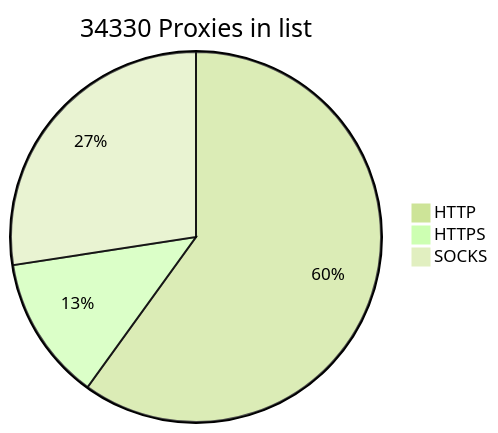
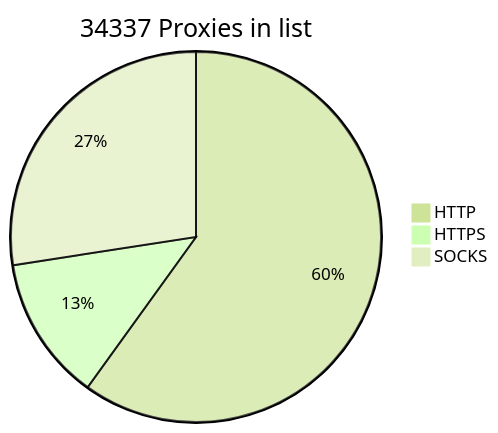
The diagram in README.md (BlackSnowDot/proxylist-update-every-minute), drawn with Mermaid (forest theme) before and after one commit.

````diff
--- a/README.md
+++ b/README.md
@@ -2,6 +2,6 @@
 ```mermaid
-pie title 34330 Proxies in list
+pie title 34337 Proxies in list
     "HTTP" : 22798
     "HTTPS": 4798
-    "SOCKS" : 10430
+    "SOCKS" : 10437
 ```
````
